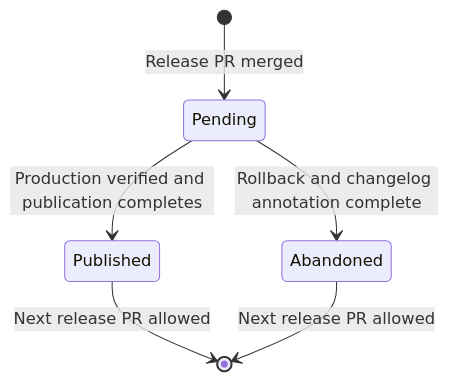
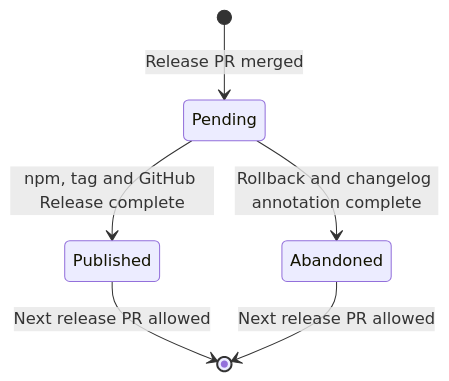
The fourth of 4 diagrams in v3-trunk-release-flow.md (mParticle/mparticle-web-sdk), drawn with Mermaid before and after one commit. The commit also changed other lines of this file, not shown here.

First line of the commit message:
docs(release): fold the addendum into the V3 trunk release design

````diff
--- a/v3-trunk-release-flow.md
+++ b/v3-trunk-release-flow.md
@@ -295,8 +294,8 @@
 ```mermaid
 stateDiagram-v2
     [*] --> Pending: Release PR merged
-    Pending --> Published: Production verified and publication completes
+    Pending --> Published: npm, tag and GitHub Release complete
     Pending --> Abandoned: Rollback and changelog annotation complete
     Published --> [*]: Next release PR allowed
     Abandoned --> [*]: Next release PR allowed
 ```
````
